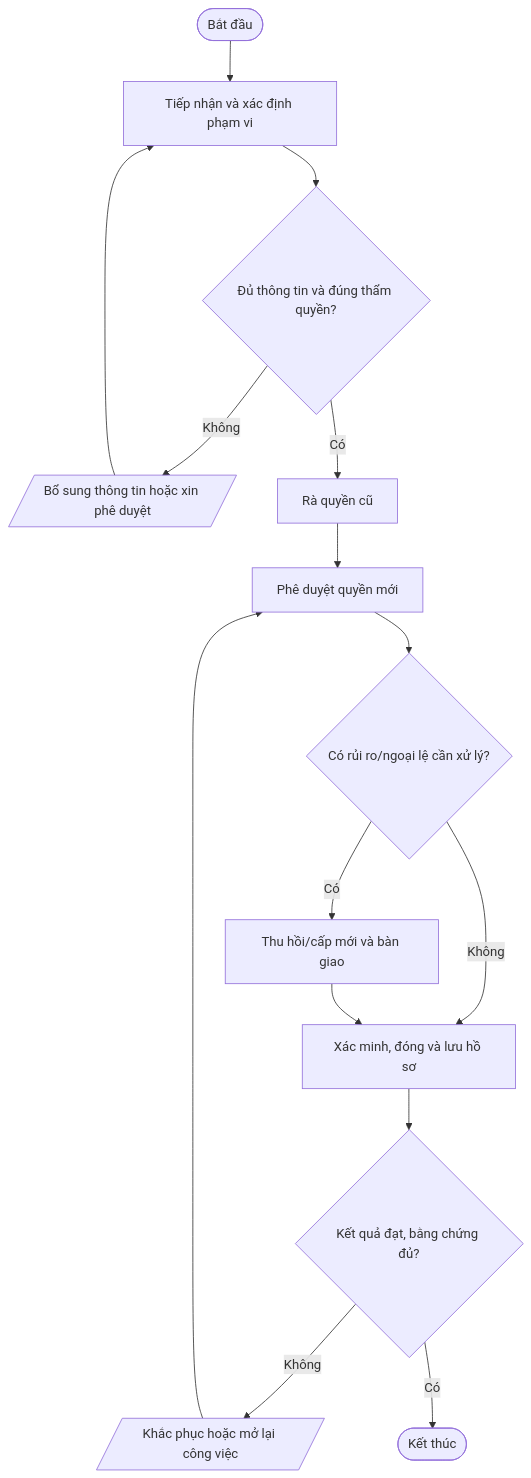
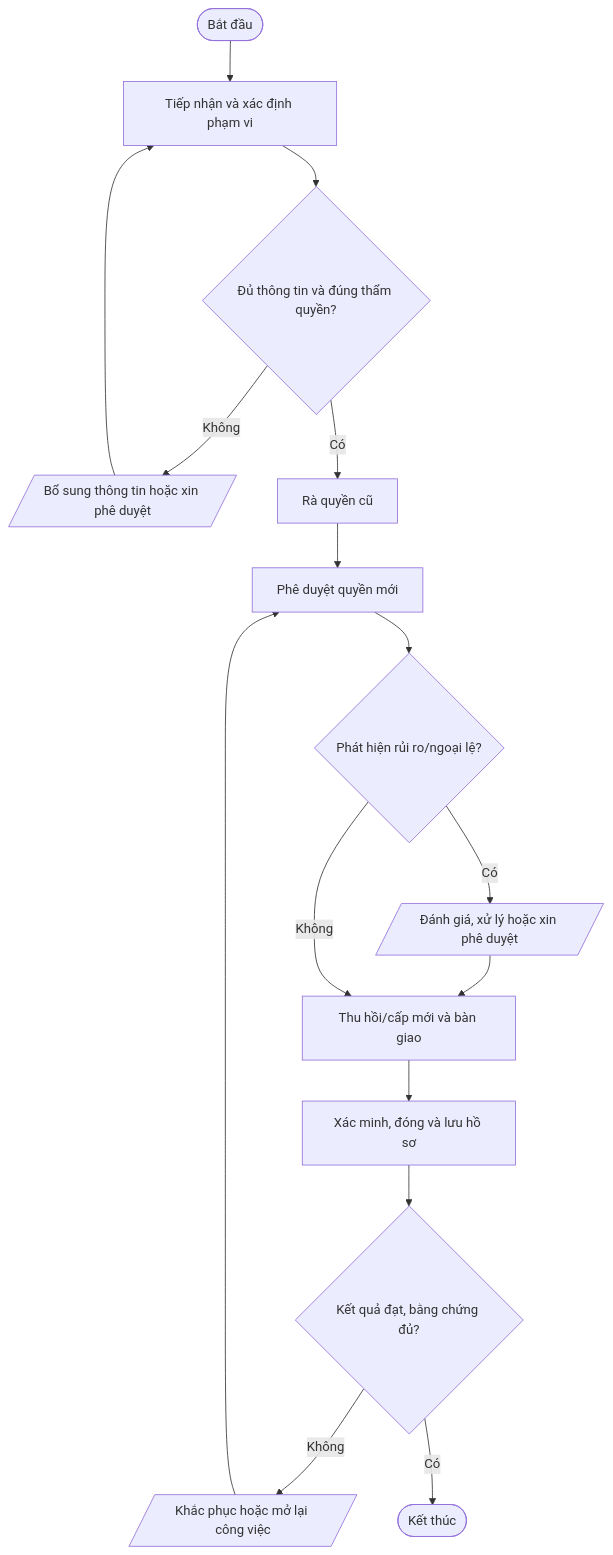
One commit to daoaigiangnam/Quy_Trinh_Chuan changed the second of 5 diagrams in quy-trinh/05-Nhan-su/README.md. Above: the diagram before and after it, drawn with Mermaid. The commit also changed other lines of this file, not shown here.

Commit message:
docs: correct procedure flowchart decision paths

````diff
--- a/quy-trinh/05-Nhan-su/README.md
+++ b/quy-trinh/05-Nhan-su/README.md
@@ -139,17 +140,18 @@
 ```mermaid
 flowchart TD
   A([Bắt đầu]) --> S1["Tiếp nhận và xác định phạm vi"]
   S1 --> D1{"Đủ thông tin và đúng thẩm quyền?"}
   D1 -- Không --> F1[/"Bổ sung thông tin hoặc xin phê duyệt"/]
   F1 --> S1
   D1 -- Có --> S2["Rà quyền cũ"]
   S2 --> S3["Phê duyệt quyền mới"]
-  S3 --> D2{"Có rủi ro/ngoại lệ cần xử lý?"}
-  D2 -- Có --> S4["Thu hồi/cấp mới và bàn giao"]
-  D2 -- Không --> S5["Xác minh, đóng và lưu hồ sơ"]
-  S4 --> S5
+  S3 --> D2{"Phát hiện rủi ro/ngoại lệ?"}
+  D2 -- Có --> RISK[/"Đánh giá, xử lý hoặc xin phê duyệt"/]
+  RISK --> S4["Thu hồi/cấp mới và bàn giao"]
+  D2 -- Không --> S4
+  S4 --> S5["Xác minh, đóng và lưu hồ sơ"]
   S5 --> D3{"Kết quả đạt, bằng chứng đủ?"}
   D3 -- Không --> R[/"Khắc phục hoặc mở lại công việc"/]
   R --> S3
   D3 -- Có --> Z([Kết thúc])
 ```
````
